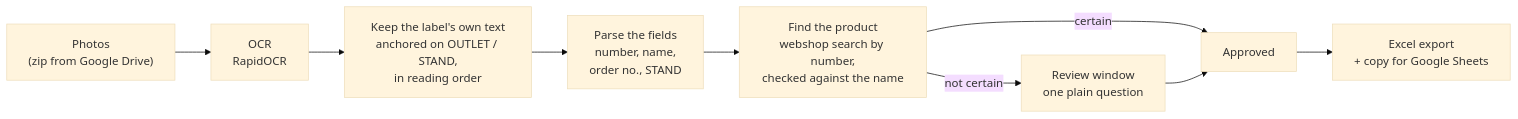
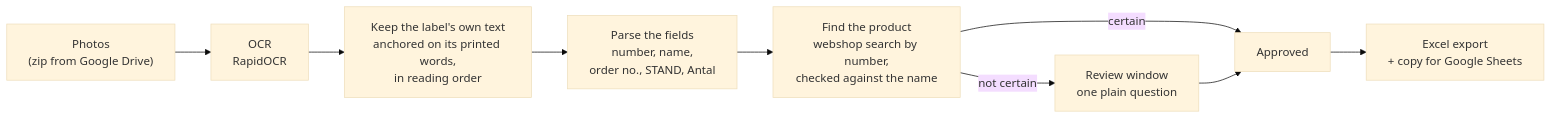
The diagram in README.md (MarcusOlesen/label-miner), drawn with Mermaid (base theme) before and after one commit. The commit also changed other lines of this file and 13 other files, not shown here.

````diff
--- a/README.md
+++ b/README.md
@@ -15,11 +15,11 @@
 ```mermaid
 flowchart LR
     A["Photos<br/>(zip from Google Drive)"] --> B["OCR<br/>RapidOCR"]
-    B --> C["Keep the label's own text<br/>anchored on OUTLET / STAND,<br/>in reading order"]
-    C --> D["Parse the fields<br/>number, name,<br/>order no., STAND"]
+    B --> C["Keep the label's own text<br/>anchored on its printed words,<br/>in reading order"]
+    C --> D["Parse the fields<br/>number, name,<br/>order no., STAND, Antal"]
     D --> E["Find the product<br/>webshop search by number,<br/>checked against the name"]
     E -->|certain| F["Approved"]
     E -->|not certain| G["Review window<br/>one plain question"]
     G --> F
     F --> H["Excel export<br/>+ copy for Google Sheets"]
 ```
````
